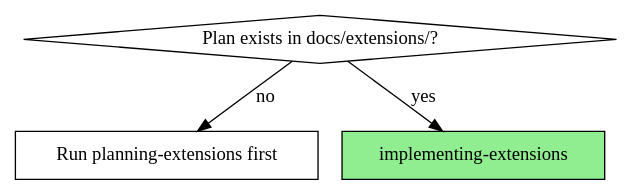
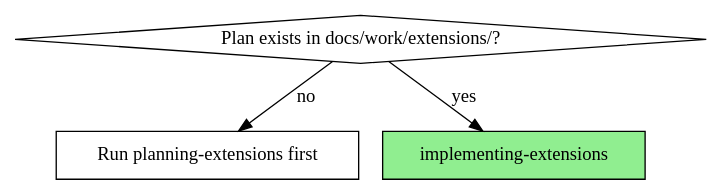
Before and after one commit to bepsvpt/vunnix: the diagram in .claude/skills/implementing-extensions/SKILL.md, drawn with Graphviz. The commit also changed other lines of this file and 144 other files, not shown here.

Commit message:
docs: reorganize documentation architecture and extension artifacts

````diff
--- a/.claude/skills/implementing-extensions/SKILL.md
+++ b/.claude/skills/implementing-extensions/SKILL.md
@@ -16,10 +16,10 @@
 ```dot
 digraph when_to_use {
-    "Plan exists in docs/extensions/?" [shape=diamond];
+    "Plan exists in docs/work/extensions/?" [shape=diamond];
     "Run planning-extensions first" [shape=box];
     "implementing-extensions" [shape=box, style=filled, fillcolor=lightgreen];
 
-    "Plan exists in docs/extensions/?" -> "implementing-extensions" [label="yes"];
-    "Plan exists in docs/extensions/?" -> "Run planning-extensions first" [label="no"];
+    "Plan exists in docs/work/extensions/?" -> "implementing-extensions" [label="yes"];
+    "Plan exists in docs/work/extensions/?" -> "Run planning-extensions first" [label="no"];
 }
 ```
````
